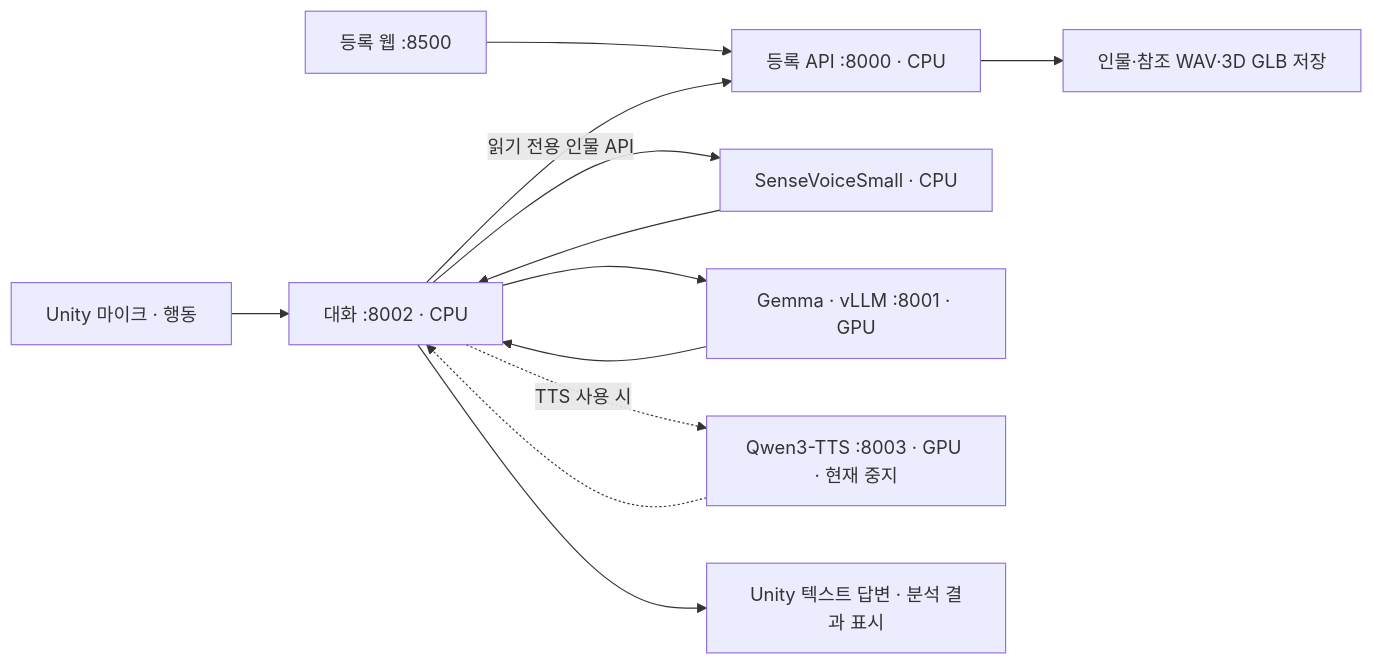
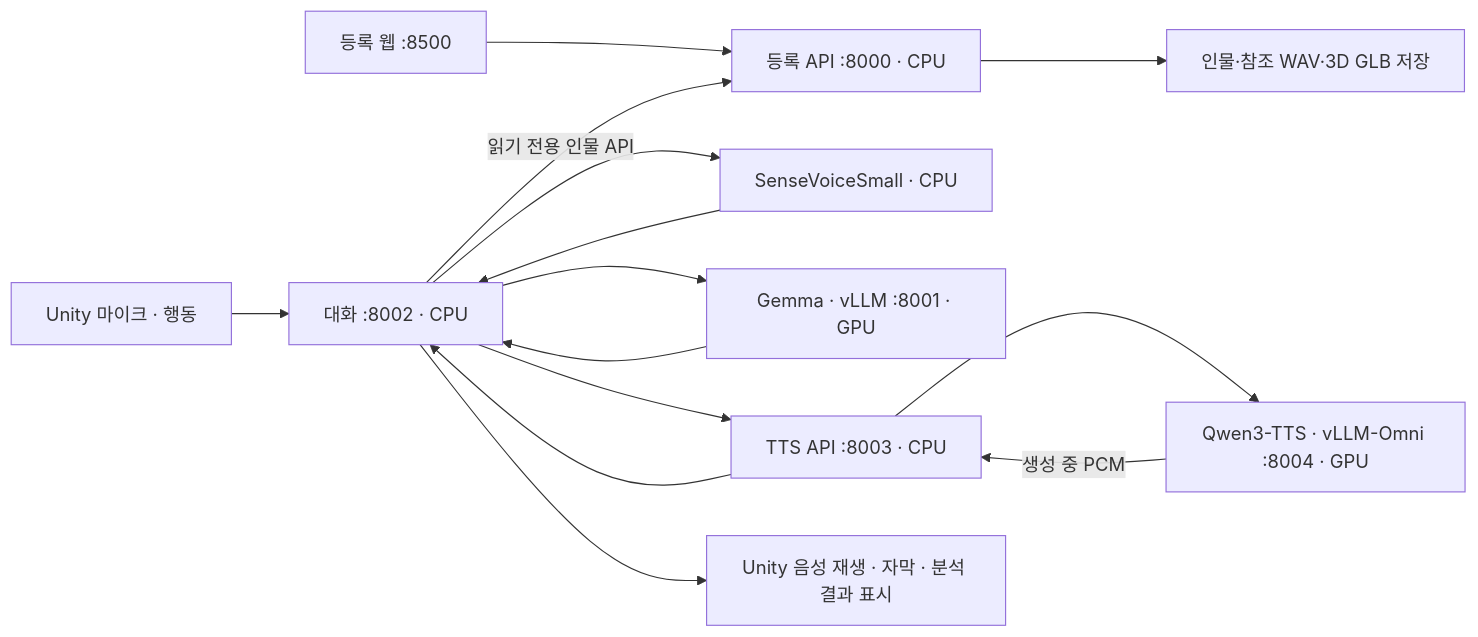
Before and after one commit to yunji009990/Capstone-Design: the diagram in docs/서버_음성대화_구조.md, drawn with Mermaid. The commit also changed other lines of this file and 34 other files, not shown here.

````diff
--- a/docs/서버_음성대화_구조.md
+++ b/docs/서버_음성대화_구조.md
@@ -12,14 +19,16 @@
 ```mermaid
 flowchart LR
     W[등록 웹 :8500] --> S[등록 API :8000 · CPU]
     S --> F[인물·참조 WAV·3D GLB 저장]
     U[Unity 마이크 · 행동] --> D[대화 :8002 · CPU]
     D -->|읽기 전용 인물 API| S
     D --> A[SenseVoiceSmall · CPU]
     A --> D
     D --> L[Gemma · vLLM :8001 · GPU]
     L --> D
-    D -. TTS 사용 시 .-> T[Qwen3-TTS :8003 · GPU · 현재 중지]
-    T -.-> D
-    D --> P[Unity 텍스트 답변 · 분석 결과 표시]
+    D --> T[TTS API :8003 · CPU]
+    T --> Q[Qwen3-TTS · vLLM-Omni :8004 · GPU]
+    Q -->|생성 중 PCM| T
+    T --> D
+    D --> P[Unity 음성 재생 · 자막 · 분석 결과 표시]
 ```
````
